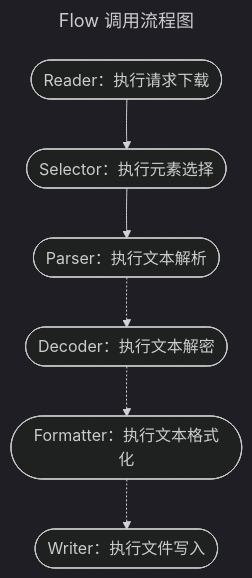
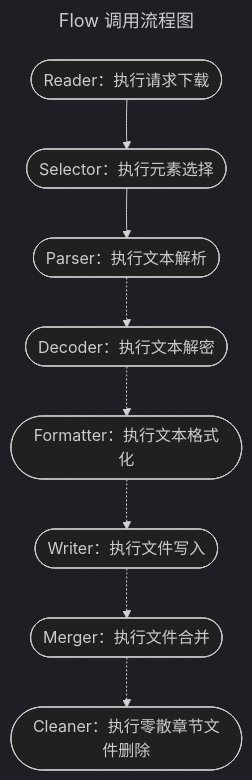
Before and after one commit to github-zailushang/shuqi-spider: the first of 3 diagrams in README.md, drawn with Mermaid (dark theme). The commit also changed other lines of this file, not shown here.

````diff
--- a/README.md
+++ b/README.md
@@ -25,12 +25,14 @@
 ```mermaid
 ---
 title: Flow 调用流程图
 ---
 flowchart TD
     Reader([Reader：执行请求下载])
     --> Selector([Selector：执行元素选择])
     --> Parser([Parser：执行文本解析])
     -.-> Decoder([Decoder：执行文本解密])
     -.-> Formatter([Formatter：执行文本格式化])
     -.-> Writer([Writer：执行文件写入])
+    -.-> Merger([Merger：执行文件合并])
+    -.-> Cleaner([Cleaner：执行零散章节文件删除])
 ```
````
